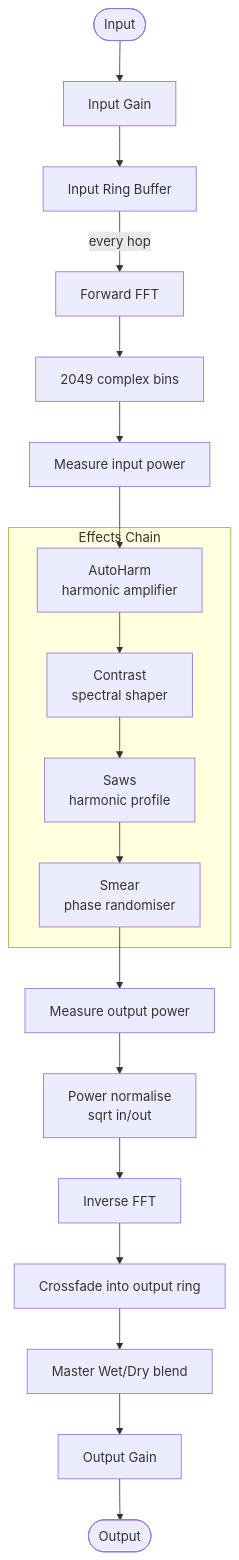
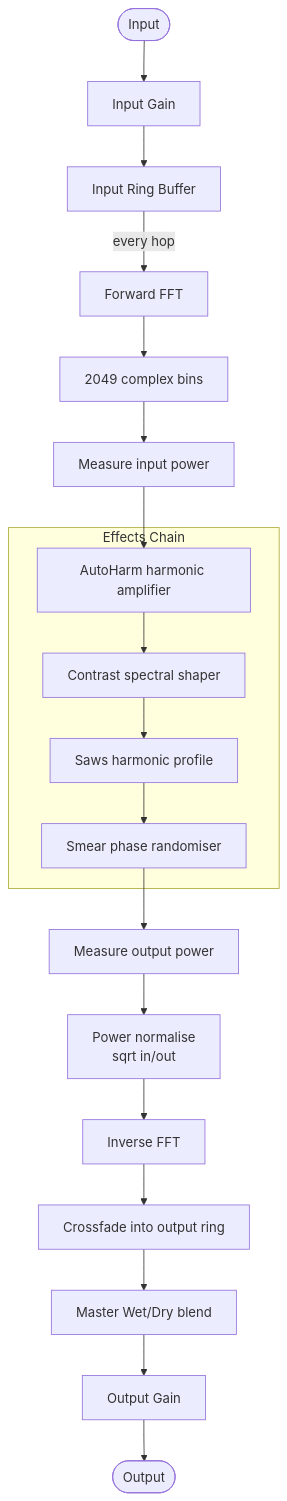
Before and after one commit to cloph-dsp/CognitoniBlkFx: the diagram in README.md, drawn with Mermaid. The commit also changed other lines of this file, not shown here.

````diff
--- a/README.md
+++ b/README.md
@@ -27,25 +29,25 @@
 ```mermaid
 flowchart TD
     IN([Input]) --> IGAIN[Input Gain]
     IGAIN --> IBUF[Input Ring Buffer]
     IBUF -->|every hop| FFT[Forward FFT]
     FFT --> BINS[2049 complex bins]
     BINS --> IPWR[Measure input power]
     IPWR --> AH
 
     subgraph FX [Effects Chain]
-        AH[AutoHarm\nharmonic amplifier]
-        CT[Contrast\nspectral shaper]
-        SW[Saws\nharmonic profile]
-        SM[Smear\nphase randomiser]
+        AH[AutoHarm harmonic amplifier]
+        CT[Contrast spectral shaper]
+        SW[Saws harmonic profile]
+        SM[Smear phase randomiser]
         AH --> CT --> SW --> SM
     end
 
     SM --> OPWR[Measure output power]
     OPWR --> NORM[Power normalise\nsqrt in/out]
     NORM --> IFFT[Inverse FFT]
     IFFT --> XFADE[Crossfade into output ring]
     XFADE --> MIX[Master Wet/Dry blend]
     MIX --> OGAIN[Output Gain]
     OGAIN --> OUT([Output])
 ```
````
